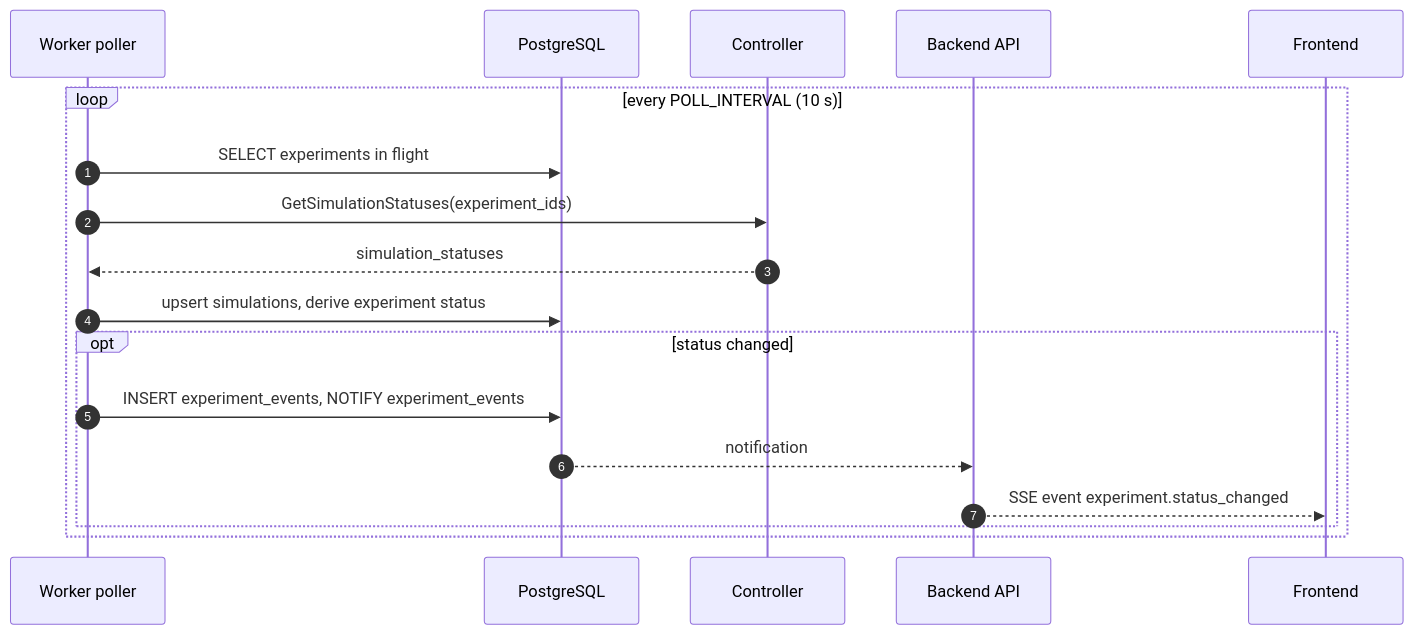
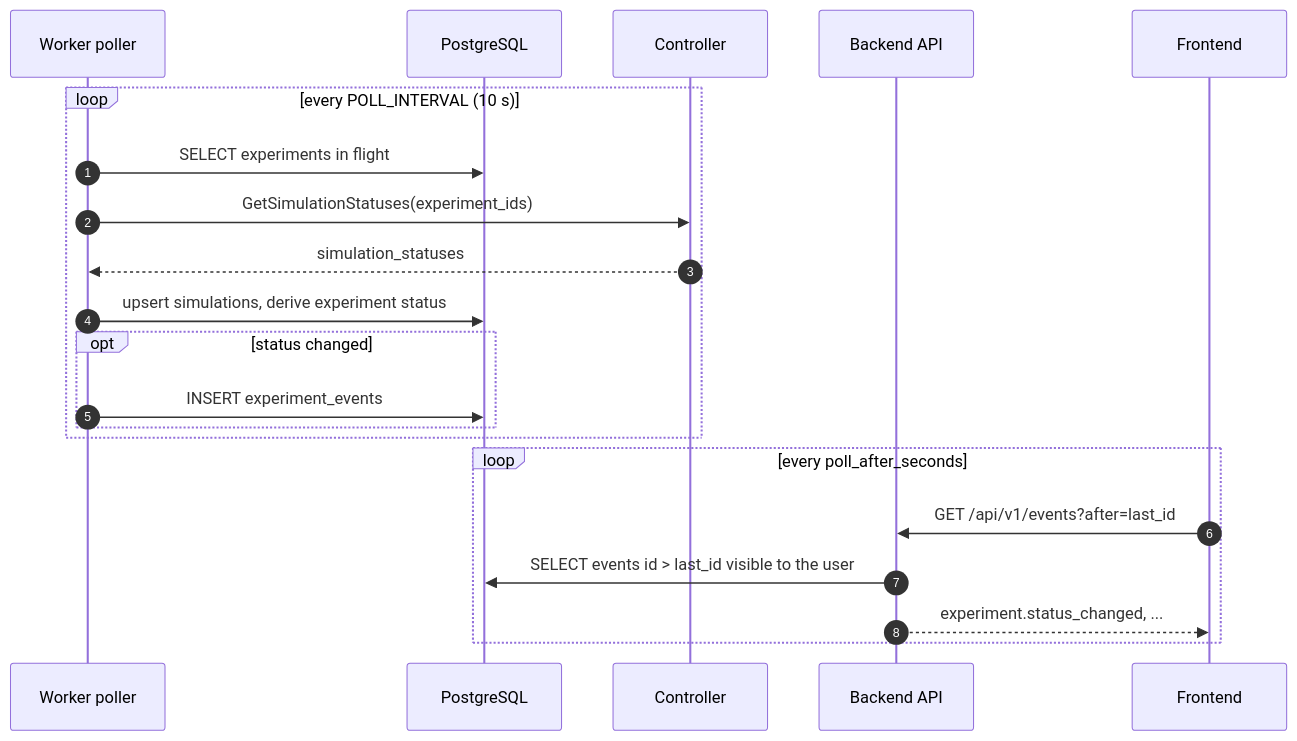
One commit to SURIMI-Project/SURIMI-modelgui changed the eighth of 9 diagrams in docs/ARCHITECTURE.md. Above: the diagram before and after it, drawn with Mermaid. The commit also changed other lines of this file and 215 other files, not shown here.

````diff
--- a/docs/ARCHITECTURE.md
+++ b/docs/ARCHITECTURE.md
@@ -386,20 +430,23 @@
 ```mermaid
 sequenceDiagram
     autonumber
     participant P as Worker poller
     participant D as PostgreSQL
     participant C as Controller
     participant A as Backend API
     participant W as Frontend
     loop every POLL_INTERVAL (10 s)
         P->>D: SELECT experiments in flight
         P->>C: GetSimulationStatuses(experiment_ids)
         C-->>P: simulation_statuses
         P->>D: upsert simulations, derive experiment status
         opt status changed
-            P->>D: INSERT experiment_events, NOTIFY experiment_events
-            D-->>A: notification
-            A-->>W: SSE event experiment.status_changed
+            P->>D: INSERT experiment_events
         end
     end
+    loop every poll_after_seconds
+        W->>A: GET /api/v1/events?after=last_id
+        A->>D: SELECT events id > last_id visible to the user
+        A-->>W: experiment.status_changed, ...
+    end
 ```
````
